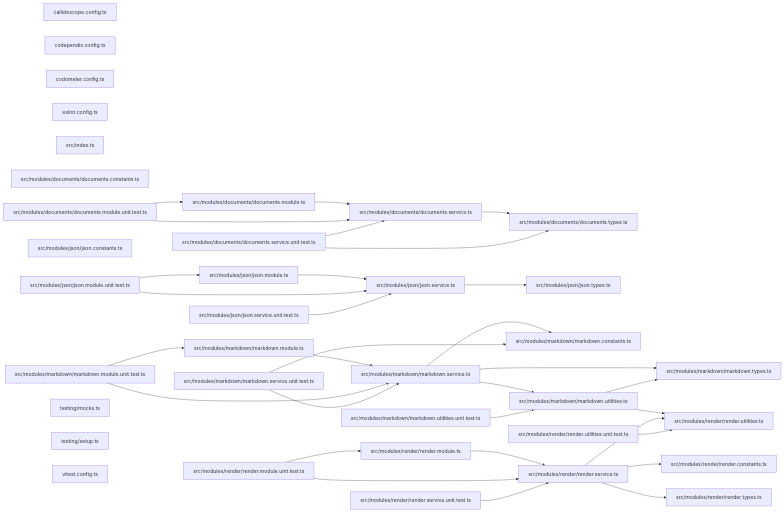
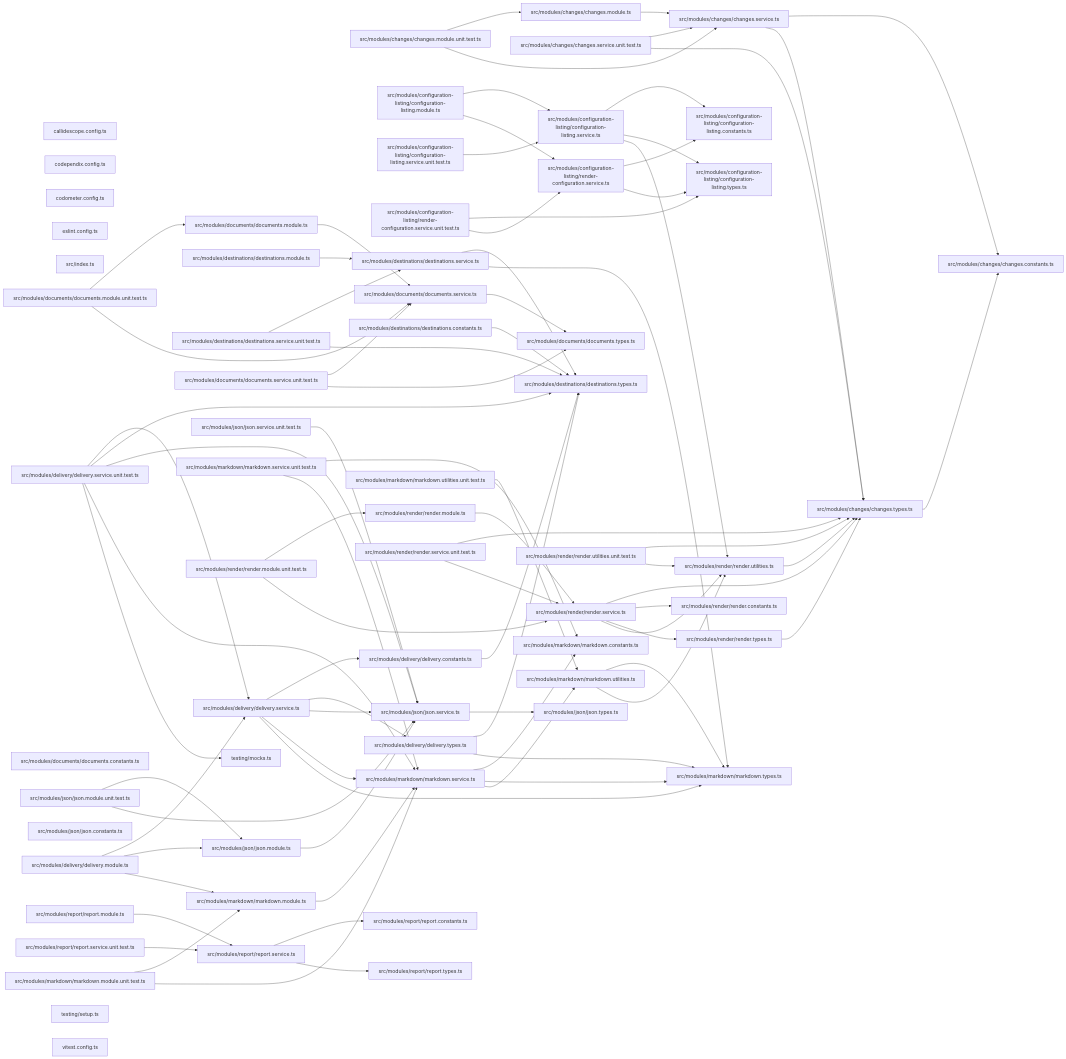
One commit to JimmyPaolini/codebase changed the third of 3 diagrams in packages/ic-suite/codometer/codometer-output/README.md. Above: the diagram before and after it, drawn with Mermaid. The commit also changed other lines of this file and 268 other files, not shown here.

````diff
--- a/packages/ic-suite/codometer/codometer-output/README.md
+++ b/packages/ic-suite/codometer/codometer-output/README.md
@@ -159,6 +214,29 @@
   file_codometer_config_ts["codometer.config.ts"]
   file_eslint_config_ts["eslint.config.ts"]
   file_src_index_ts["src/index.ts"]
+  file_src_modules_changes_changes_constants_ts["src/modules/changes/changes.constants.ts"]
+  file_src_modules_changes_changes_module_ts["src/modules/changes/changes.module.ts"]
+  file_src_modules_changes_changes_module_unit_test_ts["src/modules/changes/changes.module.unit.test.ts"]
+  file_src_modules_changes_changes_service_ts["src/modules/changes/changes.service.ts"]
+  file_src_modules_changes_changes_service_unit_test_ts["src/modules/changes/changes.service.unit.test.ts"]
+  file_src_modules_changes_changes_types_ts["src/modules/changes/changes.types.ts"]
+  file_src_modules_configuration_listing_configuration_listing_constants_ts["src/modules/configuration-listing/configuration-listing.constants.ts"]
+  file_src_modules_configuration_listing_configuration_listing_module_ts["src/modules/configuration-listing/configuration-listing.module.ts"]
+  file_src_modules_configuration_listing_configuration_listing_service_ts["src/modules/configuration-listing/configuration-listing.service.ts"]
+  file_src_modules_configuration_listing_configuration_listing_service_unit_test_ts["src/modules/configuration-listing/configuration-listing.service.unit.test.ts"]
+  file_src_modules_configuration_listing_configuration_listing_types_ts["src/modules/configuration-listing/configuration-listing.types.ts"]
+  file_src_modules_configuration_listing_render_configuration_service_ts["src/modules/configuration-listing/render-configuration.service.ts"]
+  file_src_modules_configuration_listing_render_configuration_service_unit_test_ts["src/modules/configuration-listing/render-configuration.service.unit.test.ts"]
+  file_src_modules_delivery_delivery_constants_ts["src/modules/delivery/delivery.constants.ts"]
+  file_src_modules_delivery_delivery_module_ts["src/modules/delivery/delivery.module.ts"]
+  file_src_modules_delivery_delivery_service_ts["src/modules/delivery/delivery.service.ts"]
+  file_src_modules_delivery_delivery_service_unit_test_ts["src/modules/delivery/delivery.service.unit.test.ts"]
+  file_src_modules_delivery_delivery_types_ts["src/modules/delivery/delivery.types.ts"]
+  file_src_modules_destinations_destinations_constants_ts["src/modules/destinations/destinations.constants.ts"]
+  file_src_modules_destinations_destinations_module_ts["src/modules/destinations/destinations.module.ts"]
+  file_src_modules_destinations_destinations_service_ts["src/modules/destinations/destinations.service.ts"]
+  file_src_modules_destinations_destinations_service_unit_test_ts["src/modules/destinations/destinations.service.unit.test.ts"]
+  file_src_modules_destinations_destinations_types_ts["src/modules/destinations/destinations.types.ts"]
   file_src_modules_documents_documents_constants_ts["src/modules/documents/documents.constants.ts"]
   file_src_modules_documents_documents_module_ts["src/modules/documents/documents.module.ts"]
   file_src_modules_documents_documents_module_unit_test_ts["src/modules/documents/documents.module.unit.test.ts"]
@@ -187,9 +265,54 @@
   file_src_modules_render_render_types_ts["src/modules/render/render.types.ts"]
   file_src_modules_render_render_utilities_ts["src/modules/render/render.utilities.ts"]
   file_src_modules_render_render_utilities_unit_test_ts["src/modules/render/render.utilities.unit.test.ts"]
+  file_src_modules_report_report_constants_ts["src/modules/report/report.constants.ts"]
+  file_src_modules_report_report_module_ts["src/modules/report/report.module.ts"]
+  file_src_modules_report_report_service_ts["src/modules/report/report.service.ts"]
+  file_src_modules_report_report_service_unit_test_ts["src/modules/report/report.service.unit.test.ts"]
+  file_src_modules_report_report_types_ts["src/modules/report/report.types.ts"]
   file_testing_mocks_ts["testing/mocks.ts"]
   file_testing_setup_ts["testing/setup.ts"]
   file_vitest_config_ts["vitest.config.ts"]
+  file_src_modules_changes_changes_module_ts --> file_src_modules_changes_changes_service_ts
+  file_src_modules_changes_changes_module_unit_test_ts --> file_src_modules_changes_changes_module_ts
+  file_src_modules_changes_changes_module_unit_test_ts --> file_src_modules_changes_changes_service_ts
+  file_src_modules_changes_changes_service_ts --> file_src_modules_changes_changes_constants_ts
+  file_src_modules_changes_changes_service_ts --> file_src_modules_changes_changes_types_ts
+  file_src_modules_changes_changes_service_unit_test_ts --> file_src_modules_changes_changes_service_ts
+  file_src_modules_changes_changes_service_unit_test_ts --> file_src_modules_changes_changes_types_ts
+  file_src_modules_changes_changes_types_ts --> file_src_modules_changes_changes_constants_ts
+  file_src_modules_configuration_listing_configuration_listing_module_ts --> file_src_modules_configuration_listing_configuration_listing_service_ts
+  file_src_modules_configuration_listing_configuration_listing_module_ts --> file_src_modules_configuration_listing_render_configuration_service_ts
+  file_src_modules_configuration_listing_configuration_listing_service_ts --> file_src_modules_configuration_listing_configuration_listing_constants_ts
+  file_src_modules_configuration_listing_configuration_listing_service_ts --> file_src_modules_configuration_listing_configuration_listing_types_ts
+  file_src_modules_configuration_listing_configuration_listing_service_ts --> file_src_modules_render_render_utilities_ts
+  file_src_modules_configuration_listing_configuration_listing_service_unit_test_ts --> file_src_modules_configuration_listing_configuration_listing_service_ts
+  file_src_modules_configuration_listing_render_configuration_service_ts --> file_src_modules_configuration_listing_configuration_listing_constants_ts
+  file_src_modules_configuration_listing_render_configuration_service_ts --> file_src_modules_configuration_listing_configuration_listing_types_ts
+  file_src_modules_configuration_listing_render_configuration_service_unit_test_ts --> file_src_modules_configuration_listing_configuration_listing_types_ts
+  file_src_modules_configuration_listing_render_configuration_service_unit_test_ts --> file_src_modules_configuration_listing_render_configuration_service_ts
+  file_src_modules_delivery_delivery_constants_ts --> file_src_modules_destinations_destinations_types_ts
+  file_src_modules_delivery_delivery_module_ts --> file_src_modules_delivery_delivery_service_ts
+  file_src_modules_delivery_delivery_module_ts --> file_src_modules_json_json_module_ts
+  file_src_modules_delivery_delivery_module_ts --> file_src_modules_markdown_markdown_module_ts
+  file_src_modules_delivery_delivery_service_ts --> file_src_modules_delivery_delivery_constants_ts
+  file_src_modules_delivery_delivery_service_ts --> file_src_modules_delivery_delivery_types_ts
+  file_src_modules_delivery_delivery_service_ts --> file_src_modules_json_json_service_ts
+  file_src_modules_delivery_delivery_service_ts --> file_src_modules_markdown_markdown_service_ts
+  file_src_modules_delivery_delivery_service_ts --> file_src_modules_markdown_markdown_types_ts
+  file_src_modules_delivery_delivery_service_unit_test_ts --> file_src_modules_delivery_delivery_service_ts
+  file_src_modules_delivery_delivery_service_unit_test_ts --> file_src_modules_destinations_destinations_types_ts
+  file_src_modules_delivery_delivery_service_unit_test_ts --> file_src_modules_json_json_service_ts
+  file_src_modules_delivery_delivery_service_unit_test_ts --> file_src_modules_markdown_markdown_service_ts
+  file_src_modules_delivery_delivery_service_unit_test_ts --> file_testing_mocks_ts
+  file_src_modules_delivery_delivery_types_ts --> file_src_modules_destinations_destinations_types_ts
+  file_src_modules_delivery_delivery_types_ts --> file_src_modules_markdown_markdown_types_ts
+  file_src_modules_destinations_destinations_constants_ts --> file_src_modules_destinations_destinations_types_ts
+  file_src_modules_destinations_destinations_module_ts --> file_src_modules_destinations_destinations_service_ts
+  file_src_modules_destinations_destinations_service_ts --> file_src_modules_destinations_destinations_types_ts
+  file_src_modules_destinations_destinations_service_ts --> file_src_modules_markdown_markdown_types_ts
+  file_src_modules_destinations_destinations_service_unit_test_ts --> file_src_modules_destinations_destinations_service_ts
+  file_src_modules_destinations_destinations_service_unit_test_ts --> file_src_modules_destinations_destinations_types_ts
   file_src_modules_documents_documents_module_ts --> file_src_modules_documents_documents_service_ts
   file_src_modules_documents_documents_module_unit_test_ts --> file_src_modules_documents_documents_module_ts
   file_src_modules_documents_documents_module_unit_test_ts --> file_src_modules_documents_documents_service_ts
@@ -215,9 +338,18 @@
   file_src_modules_render_render_module_ts --> file_src_modules_render_render_service_ts
   file_src_modules_render_render_module_unit_test_ts --> file_src_modules_render_render_module_ts
   file_src_modules_render_render_module_unit_test_ts --> file_src_modules_render_render_service_ts
+  file_src_modules_render_render_service_ts --> file_src_modules_changes_changes_types_ts
   file_src_modules_render_render_service_ts --> file_src_modules_render_render_constants_ts
   file_src_modules_render_render_service_ts --> file_src_modules_render_render_types_ts
   file_src_modules_render_render_service_ts --> file_src_modules_render_render_utilities_ts
+  file_src_modules_render_render_service_unit_test_ts --> file_src_modules_changes_changes_types_ts
   file_src_modules_render_render_service_unit_test_ts --> file_src_modules_render_render_service_ts
+  file_src_modules_render_render_types_ts --> file_src_modules_changes_changes_types_ts
+  file_src_modules_render_render_utilities_ts --> file_src_modules_changes_changes_types_ts
+  file_src_modules_render_render_utilities_unit_test_ts --> file_src_modules_changes_changes_types_ts
   file_src_modules_render_render_utilities_unit_test_ts --> file_src_modules_render_render_utilities_ts
+  file_src_modules_report_report_module_ts --> file_src_modules_report_report_service_ts
+  file_src_modules_report_report_service_ts --> file_src_modules_report_report_constants_ts
+  file_src_modules_report_report_service_ts --> file_src_modules_report_report_types_ts
+  file_src_modules_report_report_service_unit_test_ts --> file_src_modules_report_report_service_ts
 ```
````
